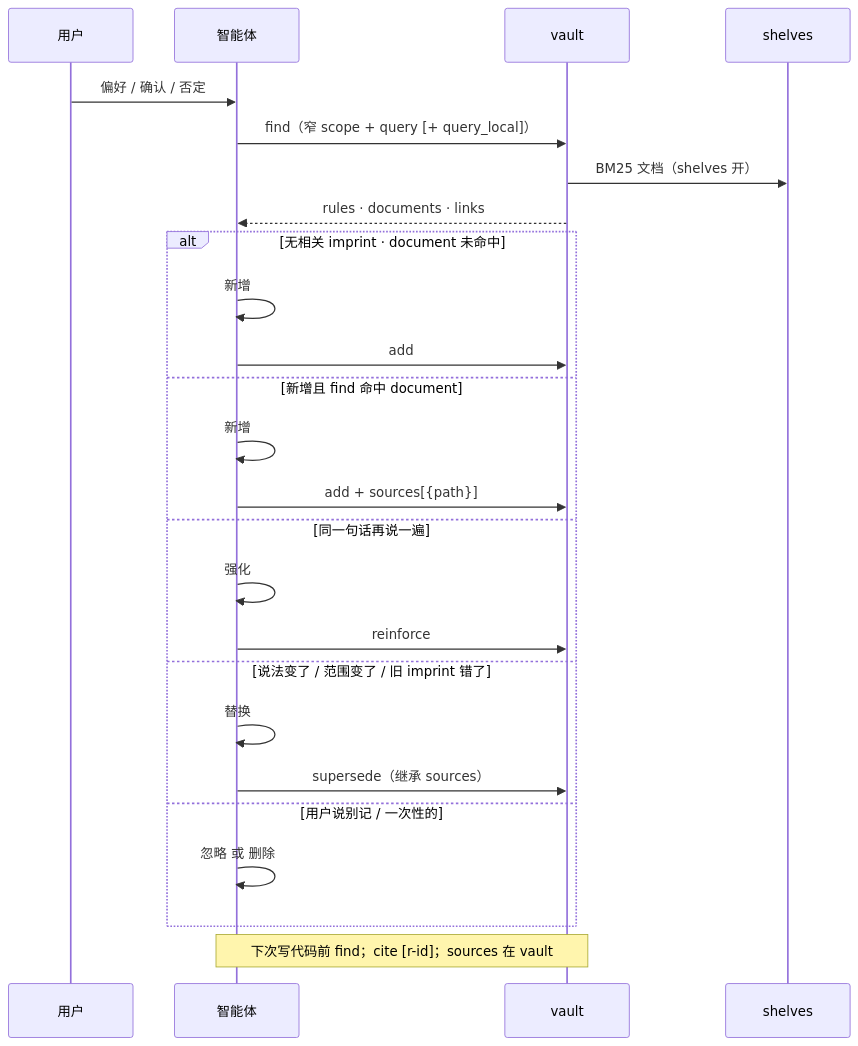
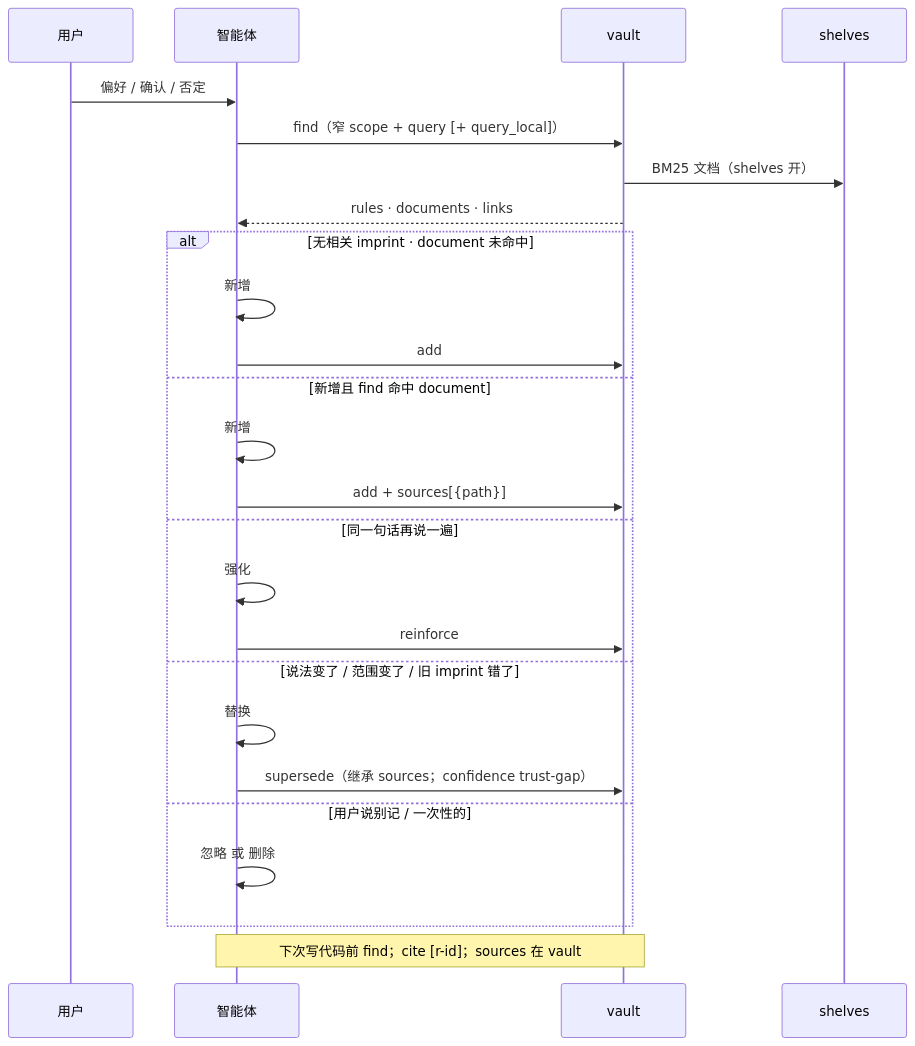
The diagram in docs/correction.zh.md (SteamedBread2333/imprint), drawn with Mermaid before and after one commit. The commit also changed 1 other file, not shown here.

Commit message:
Update correction documentation to clarify supersede behavior
- Revised the supersede action description in both English and Chinese documentation to specify that it inherits sources and includes trust-gap confidence.
- Ensured consistency in terminology across language versions for better understanding of the correction process.

````diff
--- a/docs/correction.zh.md
+++ b/docs/correction.zh.md
@@ -21,30 +21,30 @@
 ```mermaid
 sequenceDiagram
   participant U as 用户
   participant A as 智能体
   participant V as vault
   participant S as shelves
 
   U->>A: 偏好 / 确认 / 否定
   A->>V: find（窄 scope + query [+ query_local]）
   V->>S: BM25 文档（shelves 开）
   V-->>A: rules · documents · links
 
   alt 无相关 imprint · document 未命中
     A->>A: 新增
     A->>V: add
   else 新增且 find 命中 document
     A->>A: 新增
     A->>V: add + sources[{path}]
   else 同一句话再说一遍
     A->>A: 强化
     A->>V: reinforce
   else 说法变了 / 范围变了 / 旧 imprint 错了
     A->>A: 替换
-    A->>V: supersede（继承 sources）
+    A->>V: supersede（继承 sources；confidence trust-gap）
   else 用户说别记 / 一次性的
     A->>A: 忽略 或 删除
   end
 
   Note over A,V: 下次写代码前 find；cite [r-id]；sources 在 vault
 ```
````
